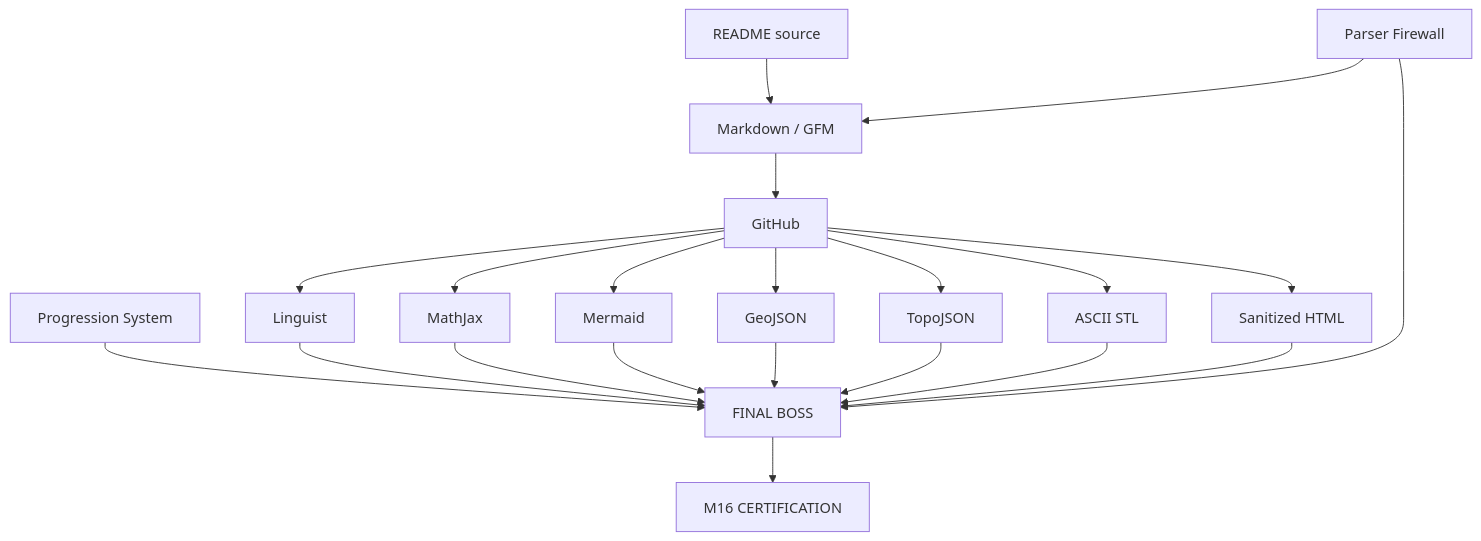
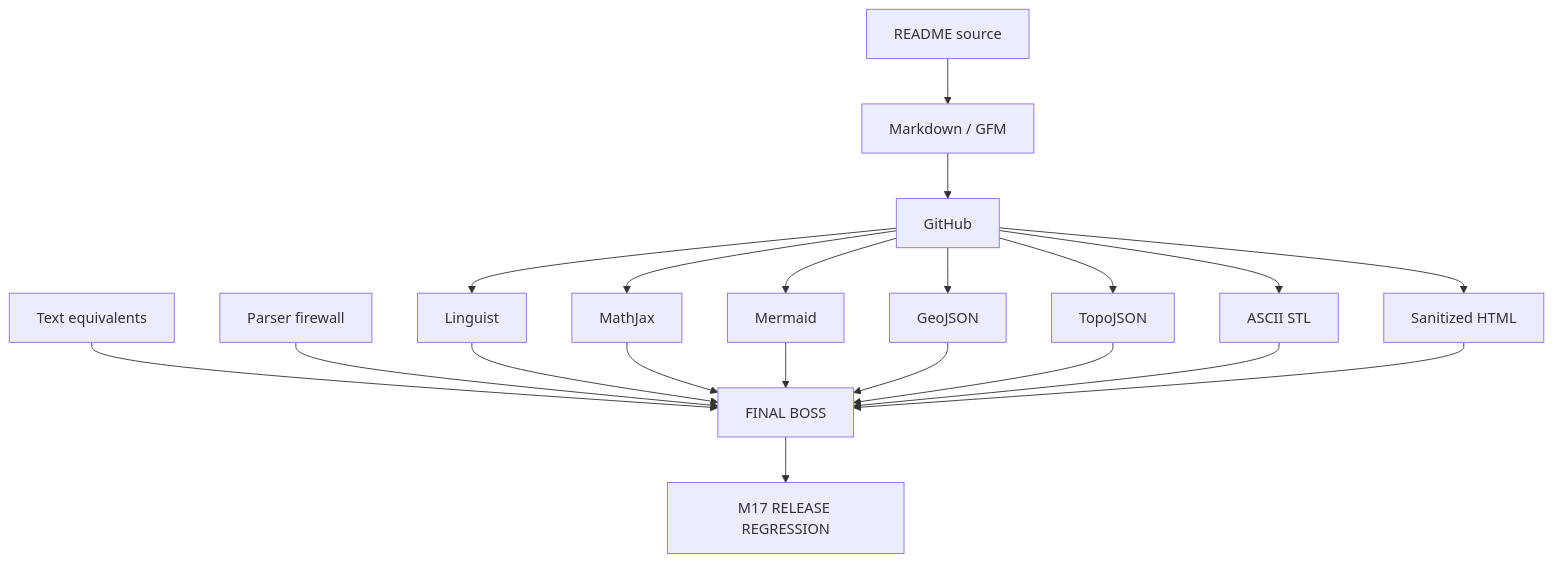
One commit to thiepn/markdown changed the fifth of 5 diagrams in README.md. Above: the diagram before and after it, drawn with Mermaid. The commit also changed other lines of this file, not shown here.

````diff
--- a/README.md
+++ b/README.md
@@ -1094,27 +1045,22 @@
 ```mermaid
 flowchart TB
     SRC[README source] --> MD[Markdown / GFM]
     MD --> GH[GitHub]
-
     GH --> CODE[Linguist]
     GH --> MATH[MathJax]
     GH --> MM[Mermaid]
     GH --> GEO[GeoJSON]
     GH --> TOPO[TopoJSON]
     GH --> STL[ASCII STL]
     GH --> HTML[Sanitized HTML]
-
-    FIRE[Parser Firewall] --> MD
-    META[Progression System] --> BOSS[FINAL BOSS]
-
+    FALLBACK[Text equivalents] --> BOSS[FINAL BOSS]
+    FIRE[Parser firewall] --> BOSS
     CODE --> BOSS
     MATH --> BOSS
     MM --> BOSS
     GEO --> BOSS
     TOPO --> BOSS
     STL --> BOSS
     HTML --> BOSS
-    FIRE --> BOSS
-
-    BOSS --> M16[M16 CERTIFICATION]
+    BOSS --> M17[M17 RELEASE REGRESSION]
 ```
````
